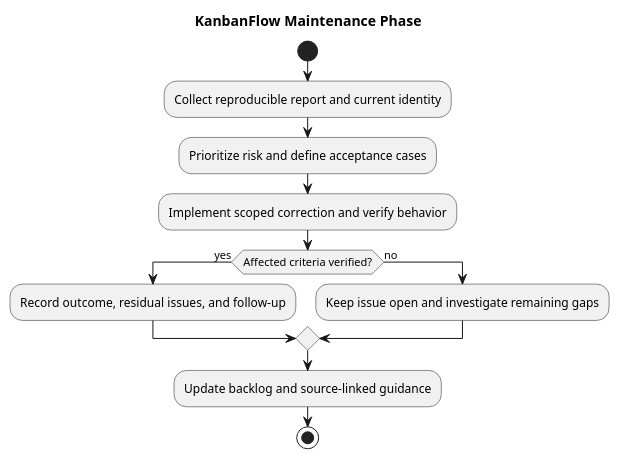
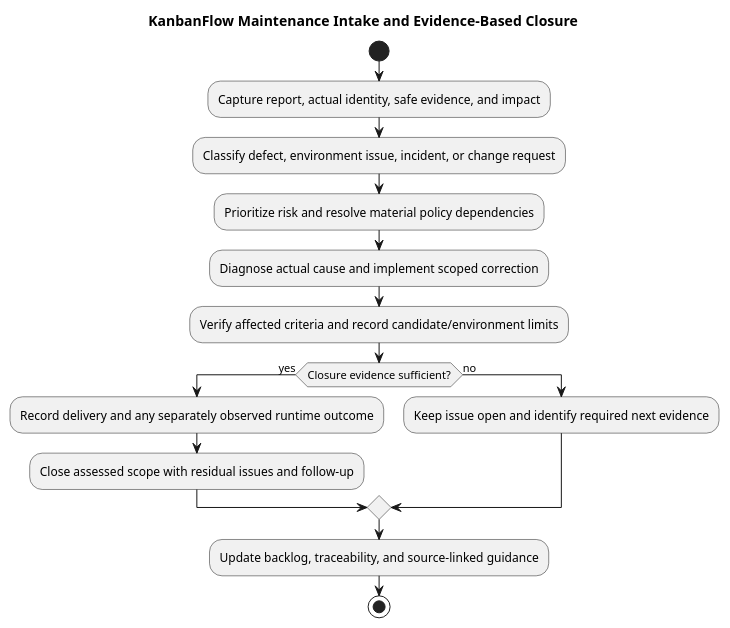
Before and after one commit to Farhad-Valizadegan/Web-KanbanFlow: the diagram in docs/SDLC/08-maintenance/README.md, drawn with PlantUML. The commit also changed other lines of this file and 2 other files, not shown here.

Commit message:
docs: complete maintenance index priorities and closure criteria

````diff
--- a/docs/SDLC/08-maintenance/README.md
+++ b/docs/SDLC/08-maintenance/README.md
@@ -32,16 +107,19 @@
 ```plantuml
 @startuml
-title KanbanFlow Maintenance Phase
+title KanbanFlow Maintenance Intake and Evidence-Based Closure
 start
-:Collect reproducible report and current identity;
-:Prioritize risk and define acceptance cases;
-:Implement scoped correction and verify behavior;
-if (Affected criteria verified?) then (yes)
-:Record outcome, residual issues, and follow-up;
+:Capture report, actual identity, safe evidence, and impact;
+:Classify defect, environment issue, incident, or change request;
+:Prioritize risk and resolve material policy dependencies;
+:Diagnose actual cause and implement scoped correction;
+:Verify affected criteria and record candidate/environment limits;
+if (Closure evidence sufficient?) then (yes)
+ :Record delivery and any separately observed runtime outcome;
+ :Close assessed scope with residual issues and follow-up;
 else (no)
-:Keep issue open and investigate remaining gaps;
+ :Keep issue open and identify required next evidence;
 endif
-:Update backlog and source-linked guidance;
+:Update backlog, traceability, and source-linked guidance;
 stop
 @enduml
 ```
````
